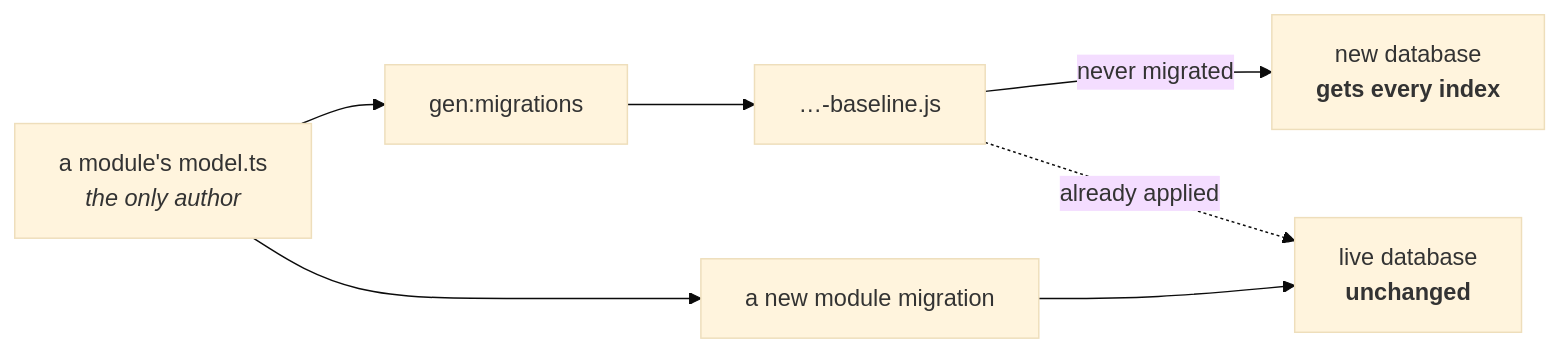
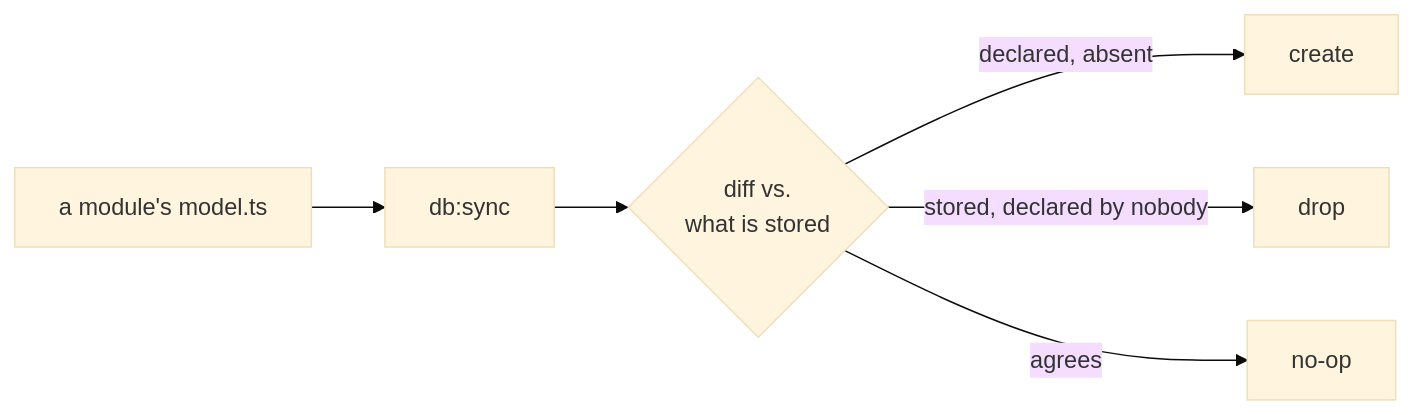
Before and after one commit to Guebbit/boilerplate-node-backend: the second of 2 diagrams in docs/reference/data.md, drawn with Mermaid (base theme). The commit also changed other lines of this file and 64 other files, not shown here.

````diff
--- a/docs/reference/data.md
+++ b/docs/reference/data.md
@@ -57,9 +69,8 @@
 ```mermaid
 flowchart LR
-    Schema["a module's model.ts<br/><i>the only author</i>"] --> Gen["gen:migrations"]
-    Gen --> Baseline["…-baseline.js"]
-    Baseline -->|"never migrated"| Fresh["new database<br/><b>gets every index</b>"]
-    Baseline -.->|"already applied"| Live["live database<br/><b>unchanged</b>"]
-    Schema --> Extra["a new module migration"]
-    Extra --> Live
+    Schema["a module's model.ts"] --> Sync["db:sync"]
+    Sync --> Diff{"diff vs.<br/>what is stored"}
+    Diff -->|"declared, absent"| Create["create"]
+    Diff -->|"stored, declared by nobody"| Drop["drop"]
+    Diff -->|"agrees"| Nothing["no-op"]
 ```
````
